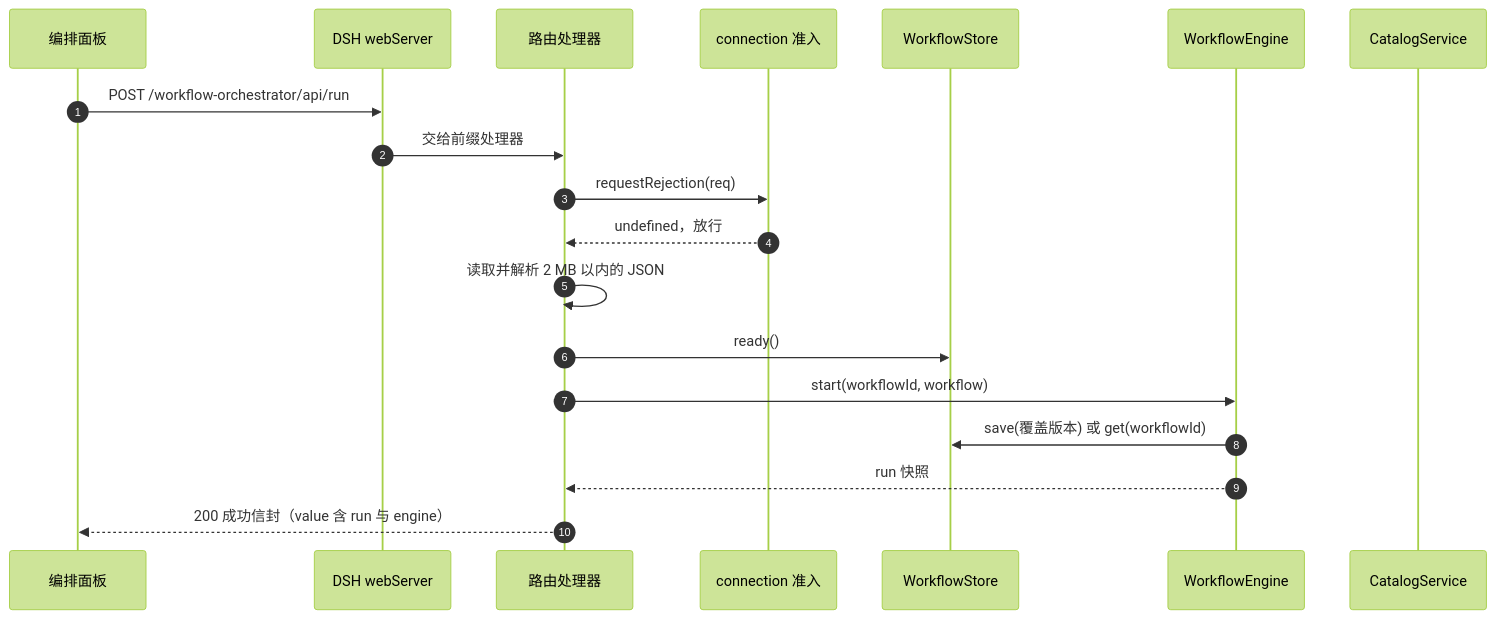
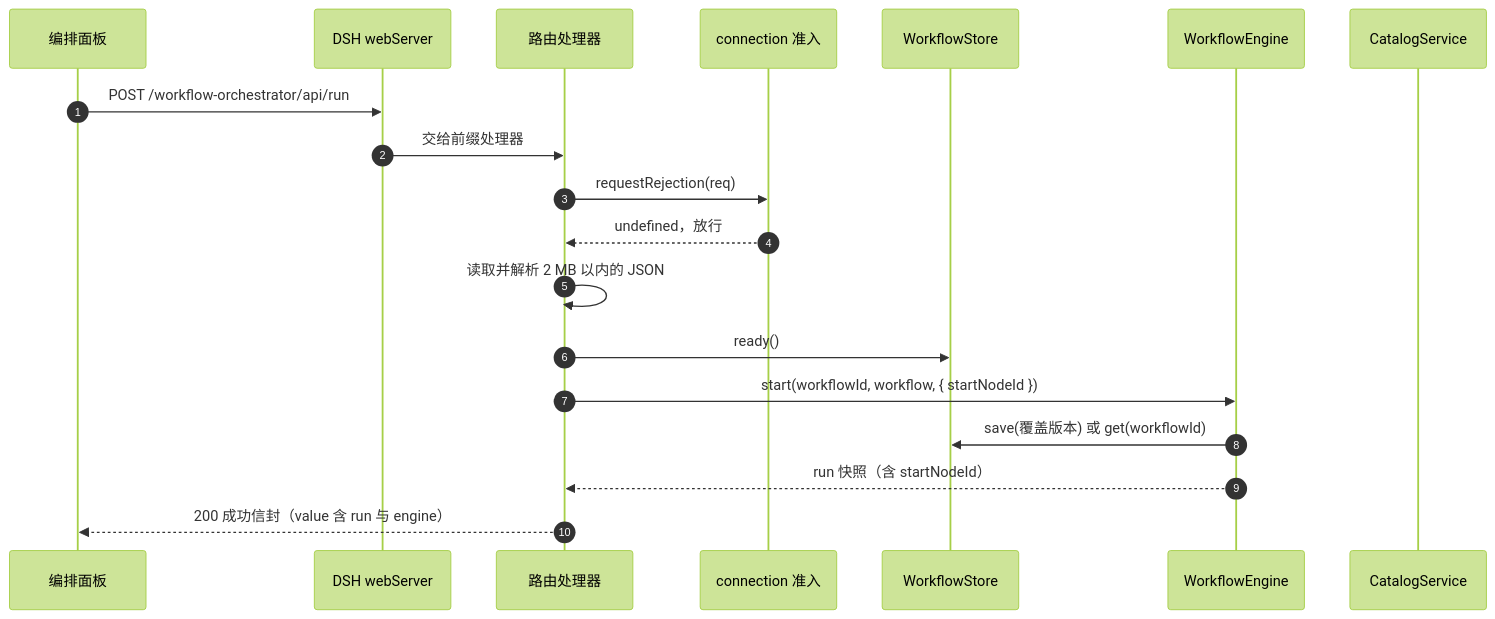
The diagram in docs/dev/http-api.md (czyt1988/dsh-workflow-orchestrator), drawn with Mermaid (forest theme) before and after one commit. The commit also changed other lines of this file and 32 other files, not shown here.

First line of the commit message:
docs: document workspace colors and run-from-node with refreshed screenshots

````diff
--- a/docs/dev/http-api.md
+++ b/docs/dev/http-api.md
@@ -79,21 +79,21 @@
 ```mermaid
 sequenceDiagram
   autonumber
   participant P as 编排面板
   participant W as DSH webServer
   participant R as 路由处理器
   participant C as connection 准入
   participant S as WorkflowStore
   participant E as WorkflowEngine
   participant K as CatalogService
   P->>W: POST /workflow-orchestrator/api/run
   W->>R: 交给前缀处理器
   R->>C: requestRejection(req)
   C-->>R: undefined，放行
   R->>R: 读取并解析 2 MB 以内的 JSON
   R->>S: ready()
-  R->>E: start(workflowId, workflow)
+  R->>E: start(workflowId, workflow, { startNodeId })
   E->>S: save(覆盖版本) 或 get(workflowId)
-  E-->>R: run 快照
+  E-->>R: run 快照（含 startNodeId）
   R-->>P: 200 成功信封（value 含 run 与 engine）
 ```
````
